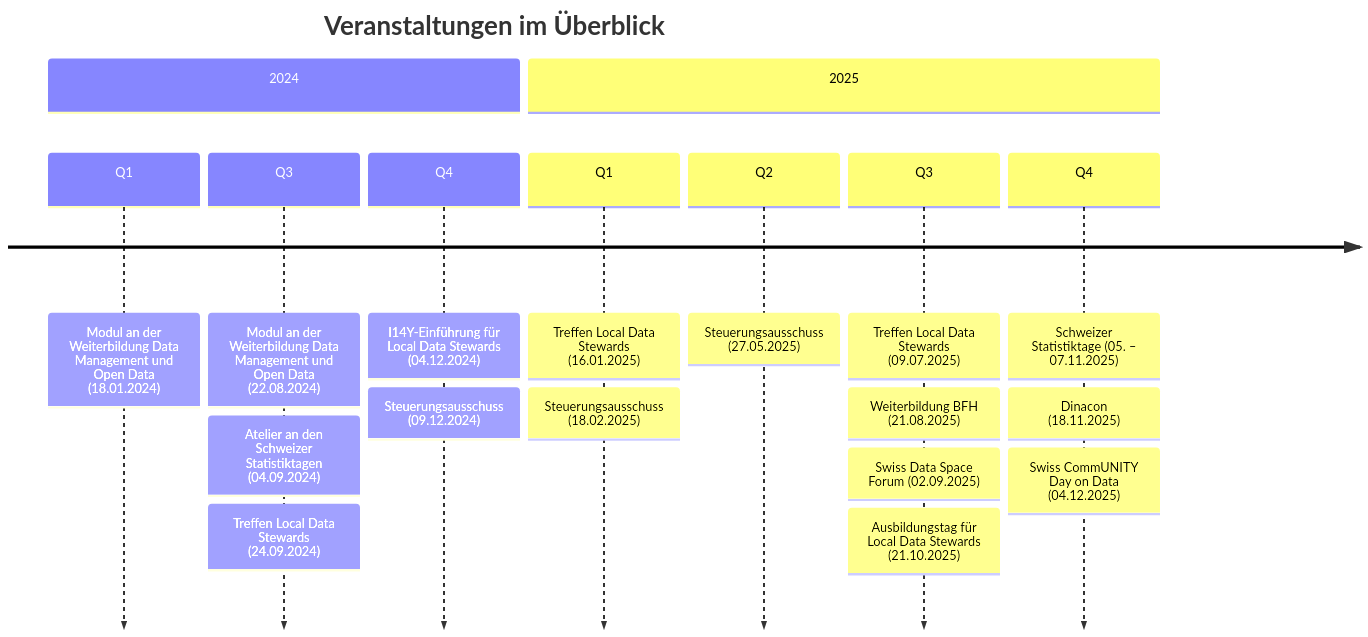
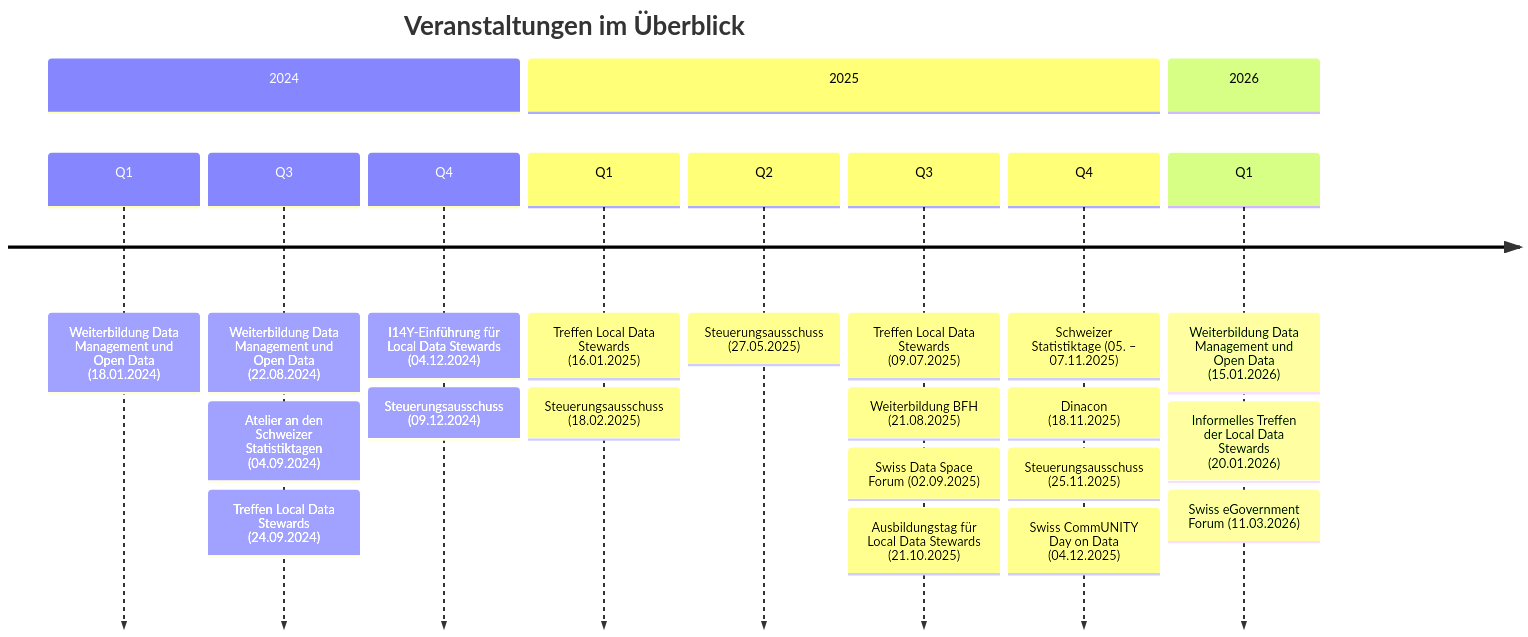
One commit to I14Y-ch/handbook changed the diagram in content/de/veranstaltungen/_index.md. Above: the diagram before and after it, drawn with Mermaid. The commit also changed other lines of this file and 3 other files, not shown here.

```diff
--- a/content/de/veranstaltungen/_index.md
+++ b/content/de/veranstaltungen/_index.md
@@ -11,24 +11,30 @@
 {{< mermaid width="650px" >}}
 timeline
     title Veranstaltungen im Überblick
 
     section 2024
-      Q1 : Modul an der Weiterbildung Data Management und Open Data (18.01.2024)
-      Q3 : Modul an der Weiterbildung Data Management und Open Data (22.08.2024)
+      Q1 : Weiterbildung Data Management und Open Data (18.01.2024)
+      Q3 : Weiterbildung Data Management und Open Data (22.08.2024)
          : Atelier an den Schweizer Statistiktagen (04.09.2024)
          : Treffen Local Data Stewards (24.09.2024)
       Q4 : I14Y-Einführung für Local Data Stewards (04.12.2024)
          : Steuerungsausschuss (09.12.2024)
 
     section 2025
       Q1 : Treffen Local Data Stewards (16.01.2025)
          : Steuerungsausschuss (18.02.2025)
       Q2 : Steuerungsausschuss (27.05.2025)
       Q3 : Treffen Local Data Stewards (09.07.2025)
          : Weiterbildung BFH (21.08.2025)
          : Swiss Data Space Forum (02.09.2025)
          : Ausbildungstag für Local Data Stewards (21.10.2025)
       Q4 : Schweizer Statistiktage (05. – 07.11.2025)
          : Dinacon (18.11.2025)
+         : Steuerungsausschuss (25.11.2025)
          : Swiss CommUNITY Day on Data (04.12.2025)
+    section 2026
+      Q1 : Weiterbildung Data Management und Open Data (15.01.2026)
+         : Informelles Treffen der Local Data Stewards (20.01.2026)
+         : Swiss eGovernment Forum (11.03.2026)
+      
 {{< /mermaid >}}
```
